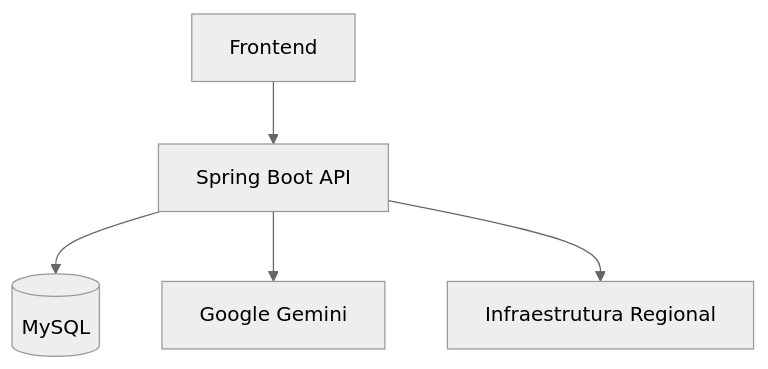
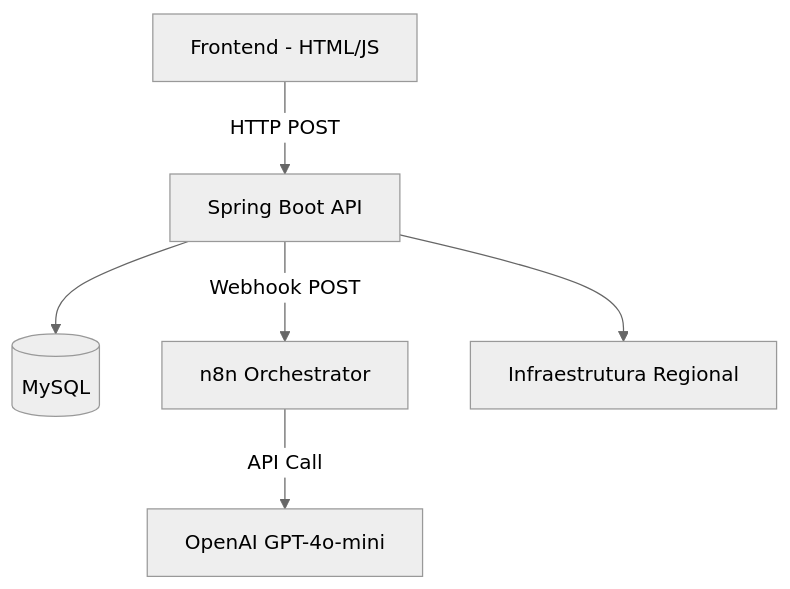
The second of 2 diagrams in README.md (No-Country-simulation/S06-26-AB-EQUIPE-68), drawn with Mermaid (neutral theme) before and after one commit. The commit also changed other lines of this file, not shown here.

````diff
--- a/README.md
+++ b/README.md
@@ -195,19 +219,21 @@
 ```mermaid
 graph TD
 
-UI[Frontend]
+UI[Frontend - HTML/JS]
 
 API[Spring Boot API]
 
 DB[(MySQL)]
 
-AI[Google Gemini]
+N8N[n8n Orchestrator]
+
+AI[OpenAI GPT-4o-mini]
 
 INFRA[Infraestrutura Regional]
 
-UI --> API
-
+UI -->|HTTP POST| API
 API --> DB
-API --> AI
+API -->|Webhook POST| N8N
+N8N -->|API Call| AI
 API --> INFRA
 ```
````
